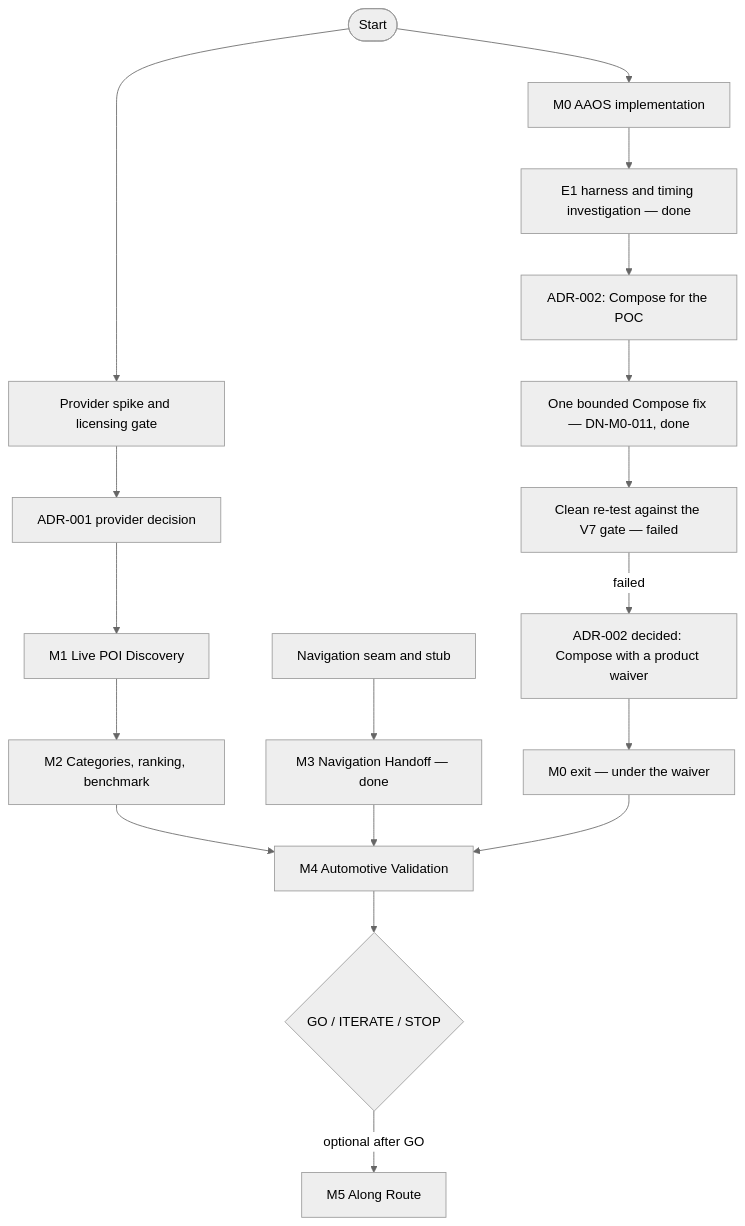
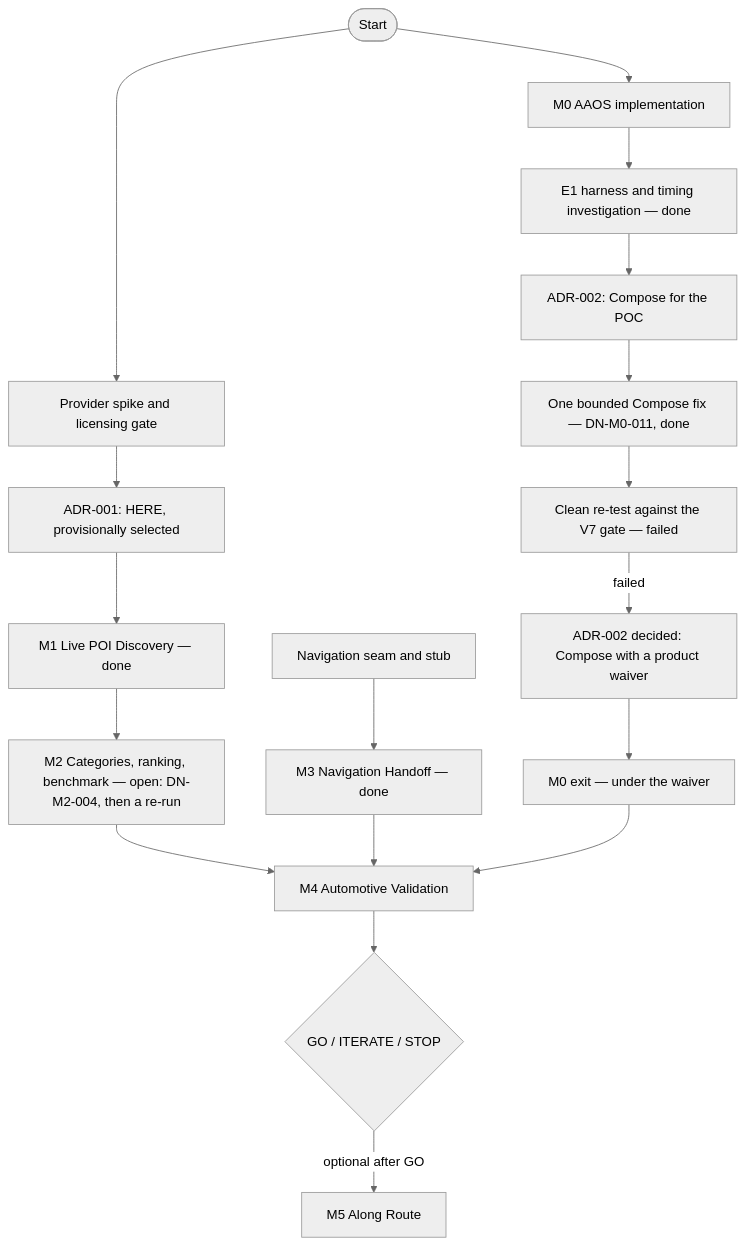
One commit to Kanyandula/DiscoverNearby changed the diagram in docs/05-discover-nearby-delivery-plan.md. Above: the diagram before and after it, drawn with Mermaid (neutral theme). The commit also changed other lines of this file and 8 other files, not shown here.

First line of the commit message:
Refresh the docs after the M2 re-run and the HERE licensing review

````diff
--- a/docs/05-discover-nearby-delivery-plan.md
+++ b/docs/05-discover-nearby-delivery-plan.md
@@ -330,20 +330,20 @@
 ```mermaid
 flowchart TD
     start([Start]) --> m0[M0 AAOS implementation]
     start --> spike[Provider spike and licensing gate]
     m0 --> e1[E1 harness and timing investigation — done]
     e1 --> adr2[ADR-002: Compose for the POC]
     adr2 --> uiwork[One bounded Compose fix — DN-M0-011, done]
     uiwork --> v7[Clean re-test against the V7 gate — failed]
     v7 -->|failed| waiver[ADR-002 decided: Compose with a product waiver]
     waiver --> m0exit[M0 exit — under the waiver]
-    spike --> adr1[ADR-001 provider decision]
-    adr1 --> m1[M1 Live POI Discovery]
-    m1 --> m2[M2 Categories, ranking, benchmark]
+    spike --> adr1[ADR-001: HERE, provisionally selected]
+    adr1 --> m1[M1 Live POI Discovery — done]
+    m1 --> m2[M2 Categories, ranking, benchmark — open: DN-M2-004, then a re-run]
     seam[Navigation seam and stub] --> m3[M3 Navigation Handoff — done]
     m2 --> m4[M4 Automotive Validation]
     m3 --> m4
     m0exit --> m4
     m4 --> go{GO / ITERATE / STOP}
     go -->|optional after GO| m5[M5 Along Route]
 ```
````
